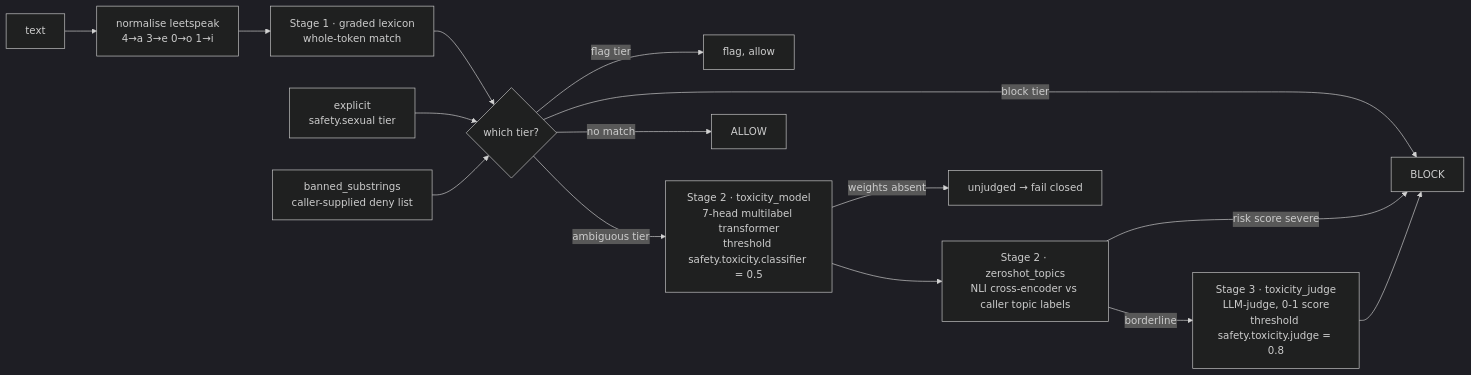
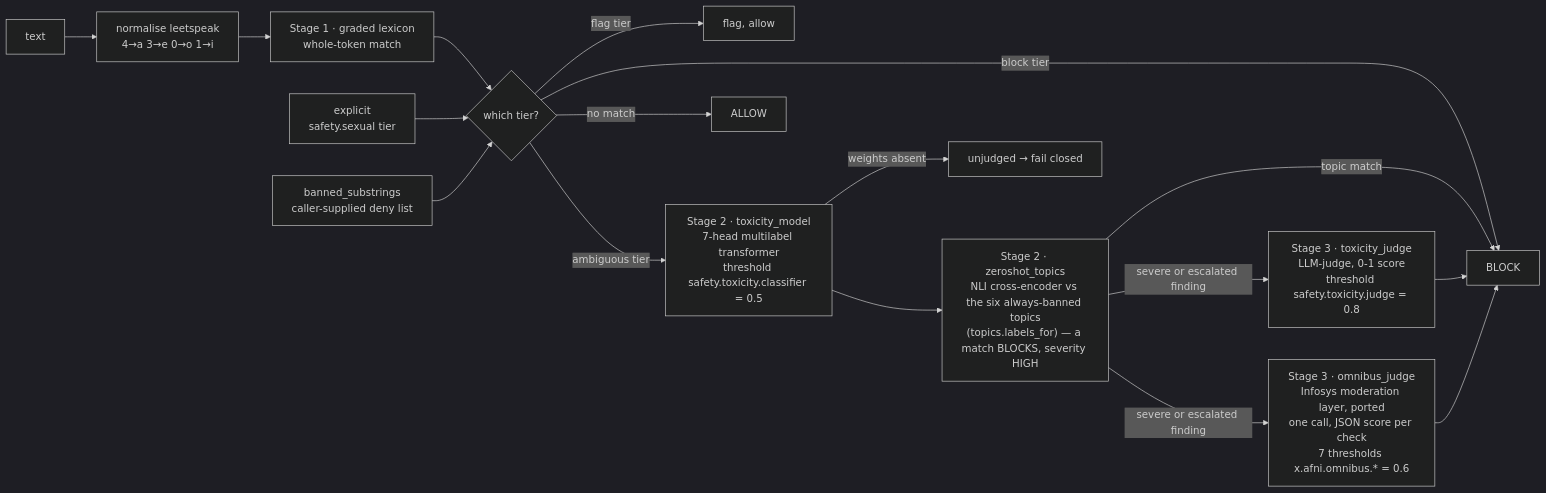
One commit to saimuthiki/RAI_AFNI changed the sixth of 8 diagrams in README.md. Above: the diagram before and after it, drawn with Mermaid (dark theme). The commit also changed other lines of this file and 14 other files, not shown here.

````diff
--- a/README.md
+++ b/README.md
@@ -616,19 +620,21 @@
 ```mermaid
 flowchart LR
     IN["text"] --> NORM["normalise leetspeak<br/>4→a  3→e  0→o  1→i"]
     NORM --> S1["Stage 1 · graded lexicon<br/>whole-token match"]
     S1 --> T{"which tier?"}
     T -->|"block tier"| BLOCK["BLOCK"]
     T -->|"flag tier"| FLAG["flag, allow"]
     T -->|"ambiguous tier"| S2
     T -->|"no match"| ALLOW["ALLOW"]
     EXPL["explicit<br/>safety.sexual tier"] --> T
     BAN["banned_substrings<br/>caller-supplied deny list"] --> T
 
     S2["Stage 2 · toxicity_model<br/>7-head multilabel transformer<br/>threshold safety.toxicity.classifier = 0.5"]
-    S2 --> TOP["Stage 2 · zeroshot_topics<br/>NLI cross-encoder vs caller topic labels"]
-    TOP -->|"risk score severe"| BLOCK
-    TOP -->|"borderline"| S3["Stage 3 · toxicity_judge<br/>LLM-judge, 0-1 score<br/>threshold safety.toxicity.judge = 0.8"]
+    S2 --> TOP["Stage 2 · zeroshot_topics<br/>NLI cross-encoder vs the six always-banned topics<br/>(topics.labels_for) — a match BLOCKS, severity HIGH"]
+    TOP -->|"topic match"| BLOCK
+    TOP -->|"severe or escalated finding"| S3["Stage 3 · toxicity_judge<br/>LLM-judge, 0-1 score<br/>threshold safety.toxicity.judge = 0.8"]
     S3 --> BLOCK
+    TOP -->|"severe or escalated finding"| S3B["Stage 3 · omnibus_judge<br/>Infosys moderation layer, ported<br/>one call, JSON score per check<br/>7 thresholds x.afni.omnibus.* = 0.6"]
+    S3B --> BLOCK
     S2 -->|"weights absent"| UNJ["unjudged → fail closed"]
 ```
````
